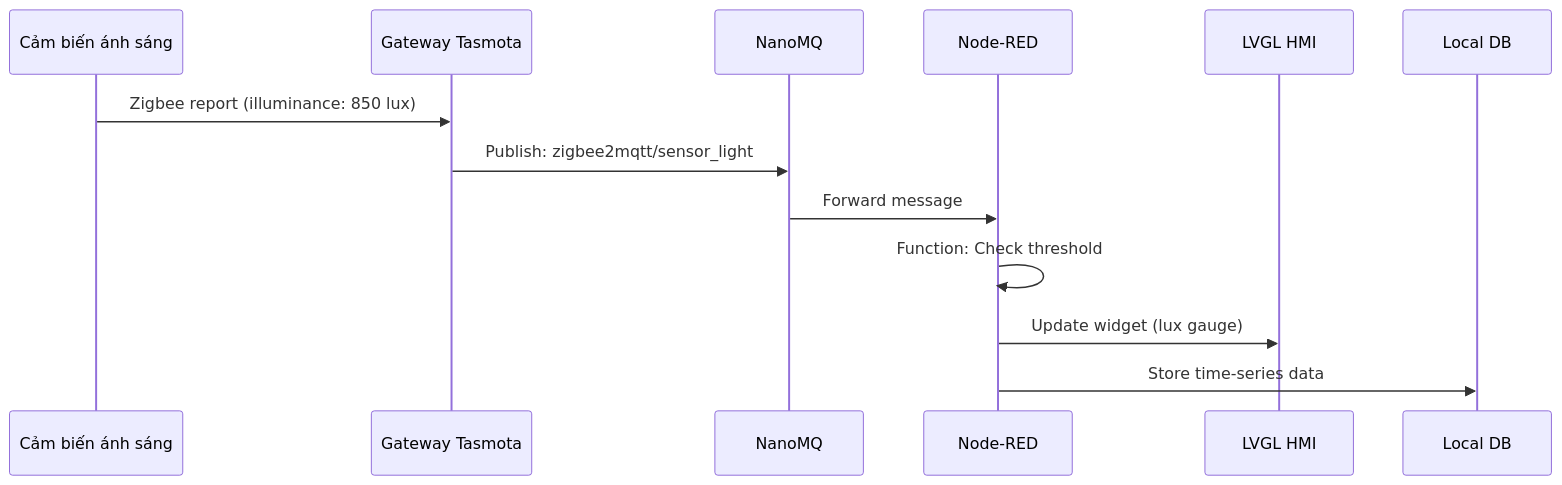
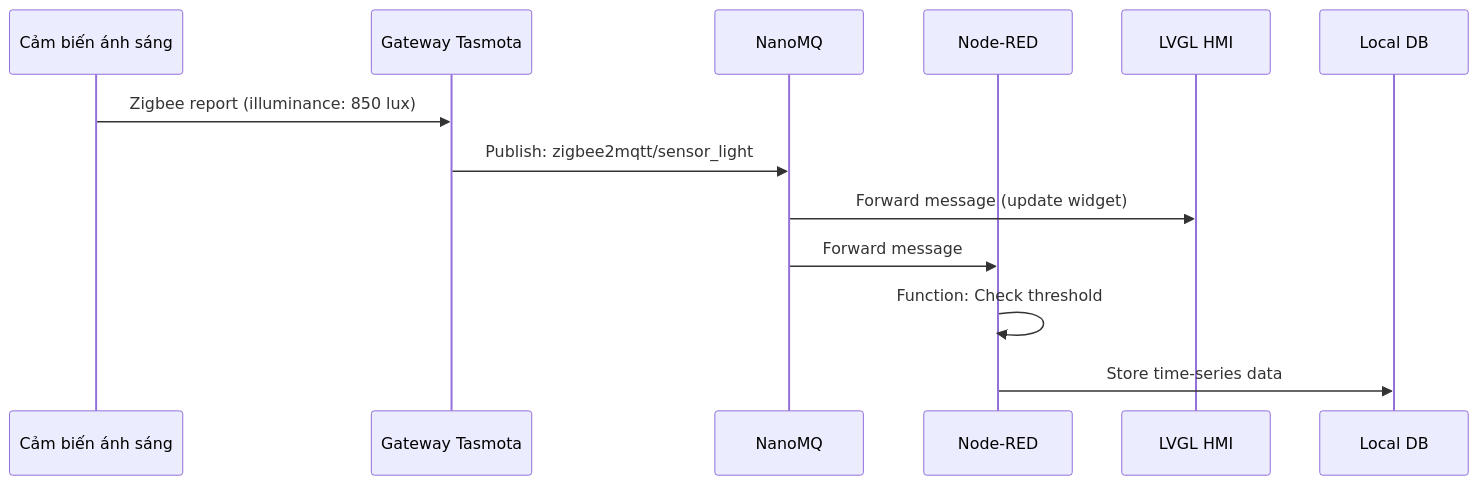
One commit to huongvn/HLCFEOS changed the fifth of 8 diagrams in slides/02-techstack.md. Above: the diagram before and after it, drawn with Mermaid. The commit also changed other lines of this file, not shown here.

First line of the commit message:
fix(slide-02): connect LVGL directly to NanoMQ instead of Node-RED

````diff
--- a/slides/02-techstack.md
+++ b/slides/02-techstack.md
@@ -161,16 +161,16 @@
 ```mermaid
 sequenceDiagram
     participant Sensor as Cảm biến ánh sáng
     participant GW as Gateway Tasmota
     participant MQTT as NanoMQ
     participant NR as Node-RED
     participant LVGL as LVGL HMI
     participant DB as Local DB
     
     Sensor->>GW: Zigbee report (illuminance: 850 lux)
     GW->>MQTT: Publish: zigbee2mqtt/sensor_light
+    MQTT->>LVGL: Forward message (update widget)
     MQTT->>NR: Forward message
     NR->>NR: Function: Check threshold
-    NR->>LVGL: Update widget (lux gauge)
     NR->>DB: Store time-series data
 ```
````
